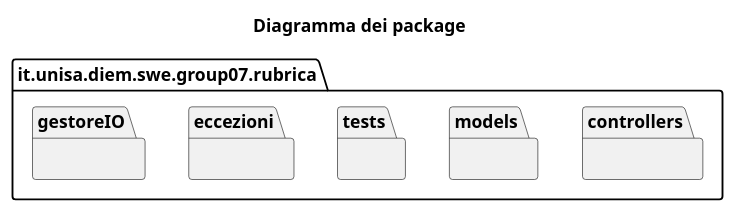
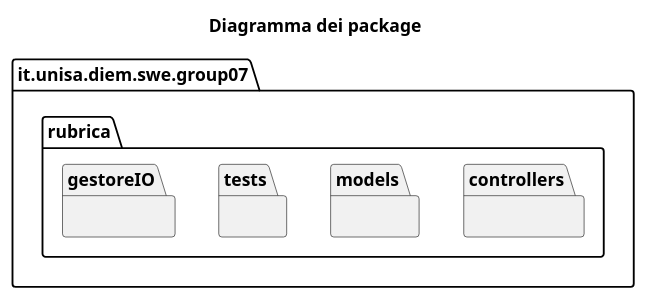
One commit to emanueletocci/uni-swe-project changed the diagram in docs/bozze/Diagrammi/Package/DiagrammiPackage.puml. Above: the diagram before and after it, drawn with PlantUML.

```diff
--- a/docs/bozze/Diagrammi/Package/DiagrammiPackage.puml
+++ b/docs/bozze/Diagrammi/Package/DiagrammiPackage.puml
@@ -1,10 +1,12 @@
 @startuml
     title "Diagramma dei package"
     set separator none
-    package it.unisa.diem.swe.group07.rubrica {
-        package controllers{}
-        package models {}
-        package tests {}
-        package eccezioni {}
-        package gestoreIO {}
+    package it.unisa.diem.swe.group07{
+      package rubrica {
+          package controllers{}
+          package models {}
+          package tests {}
+          package gestoreIO {}
+      }
+    }
 @enduml
```
